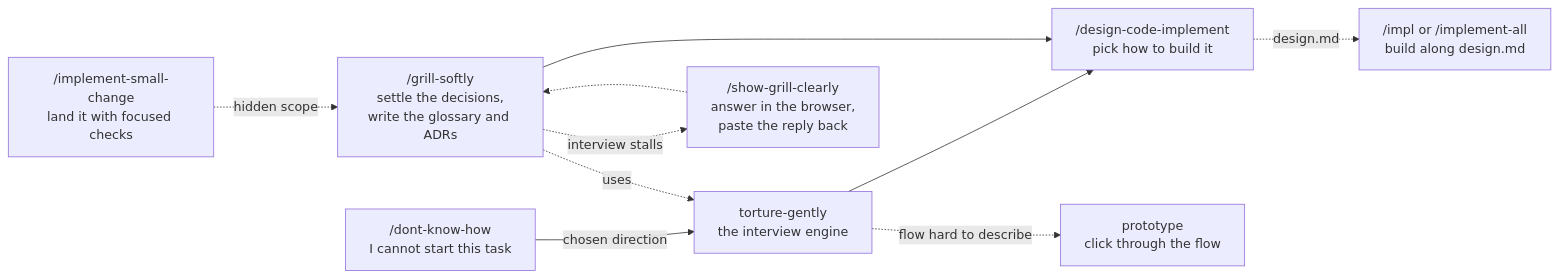
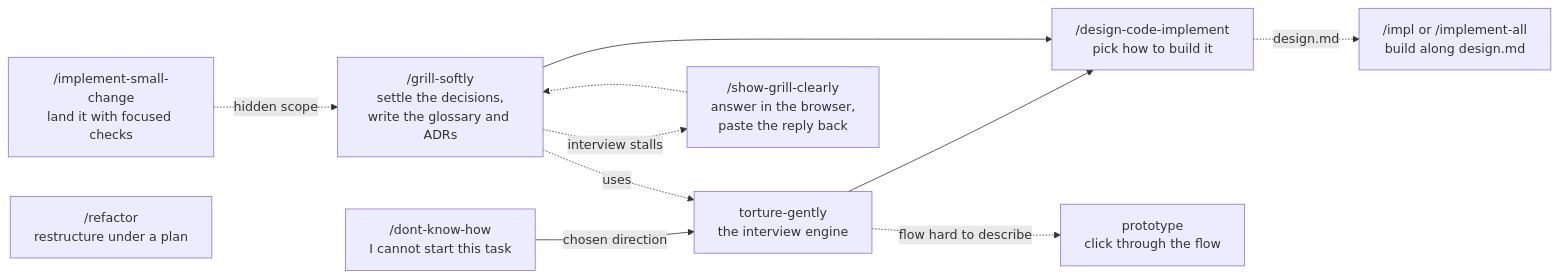
Before and after one commit to GUOJIE-HONG/skills: the diagram in README.md, drawn with Mermaid. The commit also changed other lines of this file and 7 other files, not shown here.

````diff
--- a/README.md
+++ b/README.md
@@ -68,14 +68,15 @@
 ```mermaid
 flowchart LR
     A["/dont-know-how<br/>I cannot start this task"] -->|"chosen direction"| F["torture-gently<br/>the interview engine"]
     F --> C
     F -. flow hard to describe .-> P["prototype<br/>click through the flow"]
     B["/grill-softly<br/>settle the decisions,<br/>write the glossary and ADRs"]
     B --> C["/design-code-implement<br/>pick how to build it"]
     D["/implement-small-change<br/>land it with focused checks"]
+    R["/refactor<br/>restructure under a plan"]
     C -.->|"design.md"| G["/impl or /implement-all<br/>build along design.md"]
     B -. interview stalls .-> E["/show-grill-clearly<br/>answer in the browser,<br/>paste the reply back"]
     E -.-> B
     B -. uses .-> F
     D -. hidden scope .-> B
 ```
````
